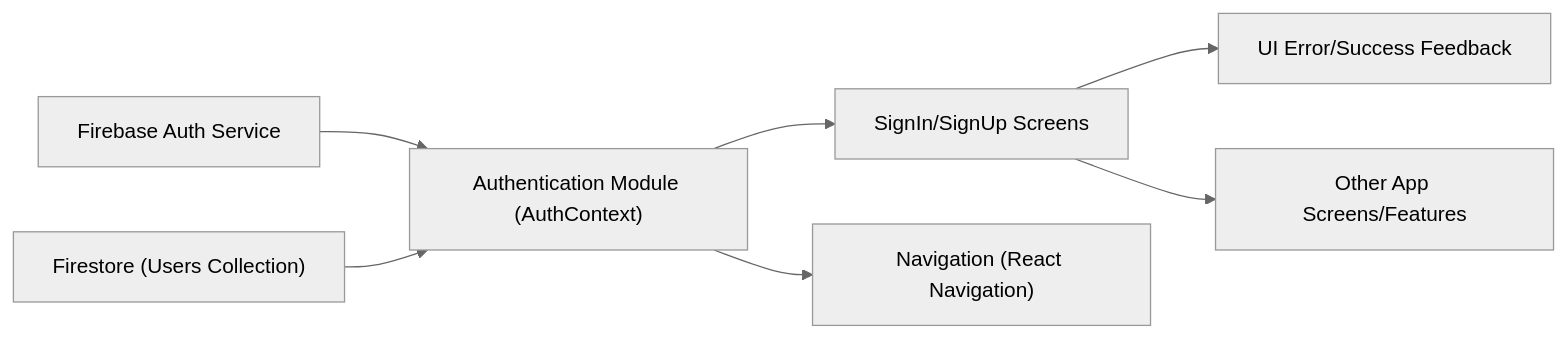
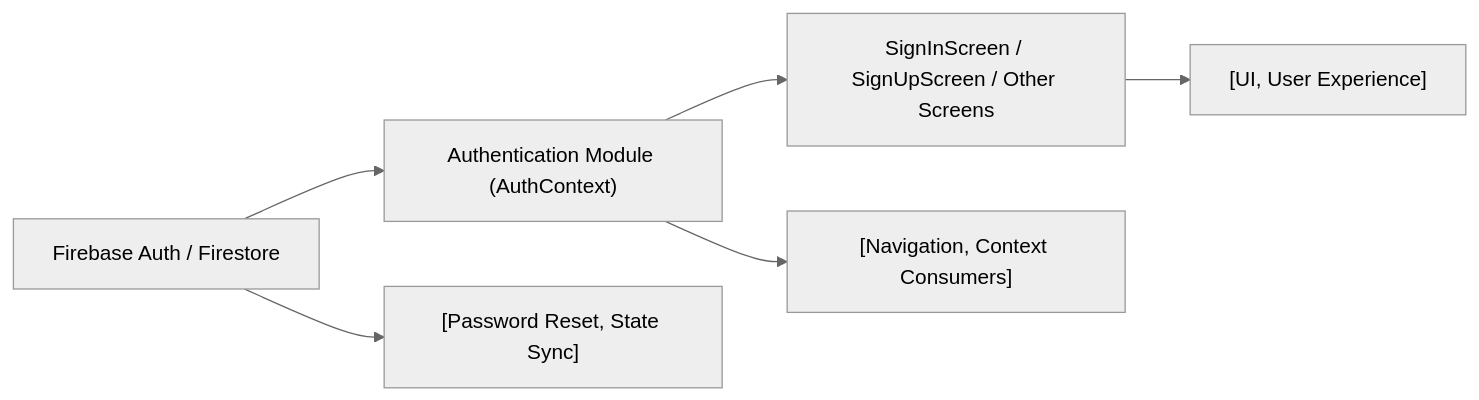
The diagram in .shelfya/guide/authentication.md (lucasboucher/Expo-Firebase-Boiler-Plate-2), drawn with Mermaid (neutral theme) before and after one commit. The commit also changed other lines of this file and 7 other files, not shown here.

````diff
--- a/.shelfya/guide/authentication.md
+++ b/.shelfya/guide/authentication.md
@@ -75,8 +88,7 @@
 ```mermaid
 flowchart LR
-  firebaseAuth["Firebase Auth Service"] --> authContext["Authentication Module (AuthContext)"] --> screens["SignIn/SignUp Screens"]
-  firebaseDB["Firestore (Users Collection)"] --> authContext
-  authContext --> navigation["Navigation (React Navigation)"]
-  screens --> uiFeedback["UI Error/Success Feedback"]
-  screens --> consumers["Other App Screens/Features"]
+  firebaseAuth["Firebase Auth / Firestore"] --> authContext["Authentication Module (AuthContext)"] --> screens["SignInScreen / SignUpScreen / Other Screens"]
+  firebaseAuth --> passwordReset["[Password Reset, State Sync]"]
+  authContext --> navigation["[Navigation, Context Consumers]"] 
+  screens --> userFlow["[UI, User Experience]"]
 ```
````
